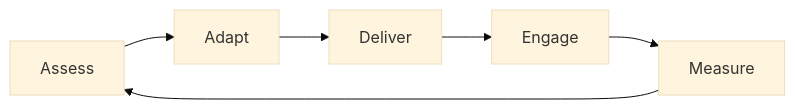
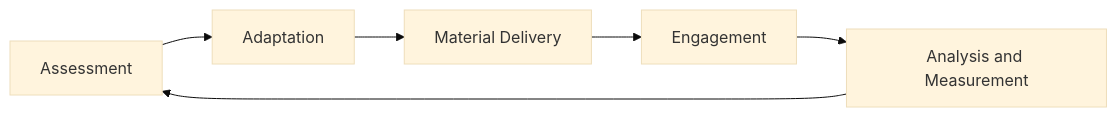
The diagram in docs/pedagogical-framework.md (ivmarch/geniverse-docs), drawn with Mermaid (base theme) before and after one commit. The commit also changed other lines of this file and 17 other files, not shown here.

````diff
--- a/docs/pedagogical-framework.md
+++ b/docs/pedagogical-framework.md
@@ -45,8 +149,9 @@
 ```mermaid
 graph LR
-    A[Assess] --> B[Adapt]
-    B --> C[Deliver]
-    C --> D[Engage]
-    D --> E[Measure]
+    A[Assessment] --> B[Adaptation]
+    B --> C[Material Delivery]
+    C --> D[Engagement]
+    D --> E[Analysis and Measurement]
     E --> A
+    
 ```
````
